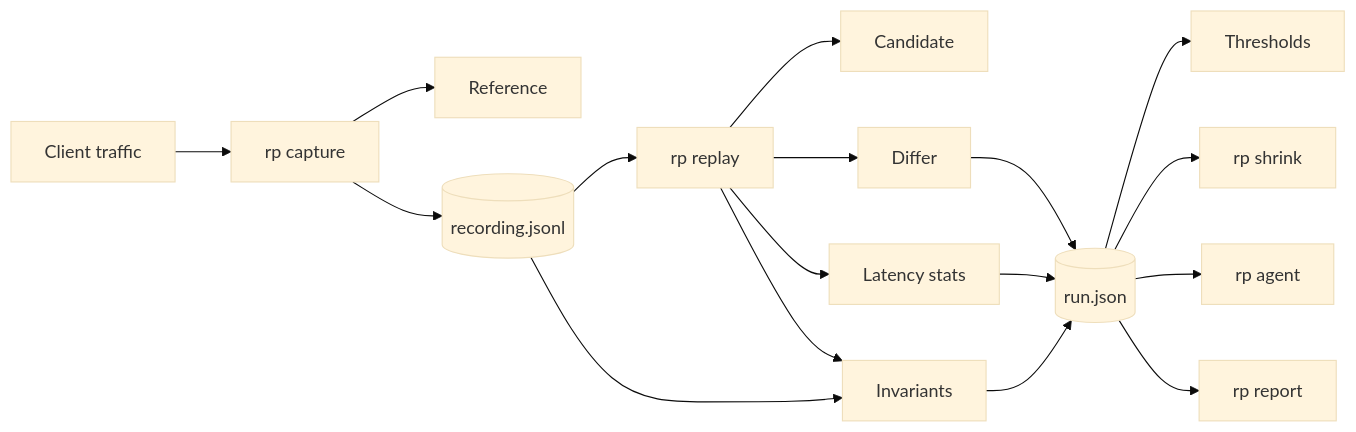
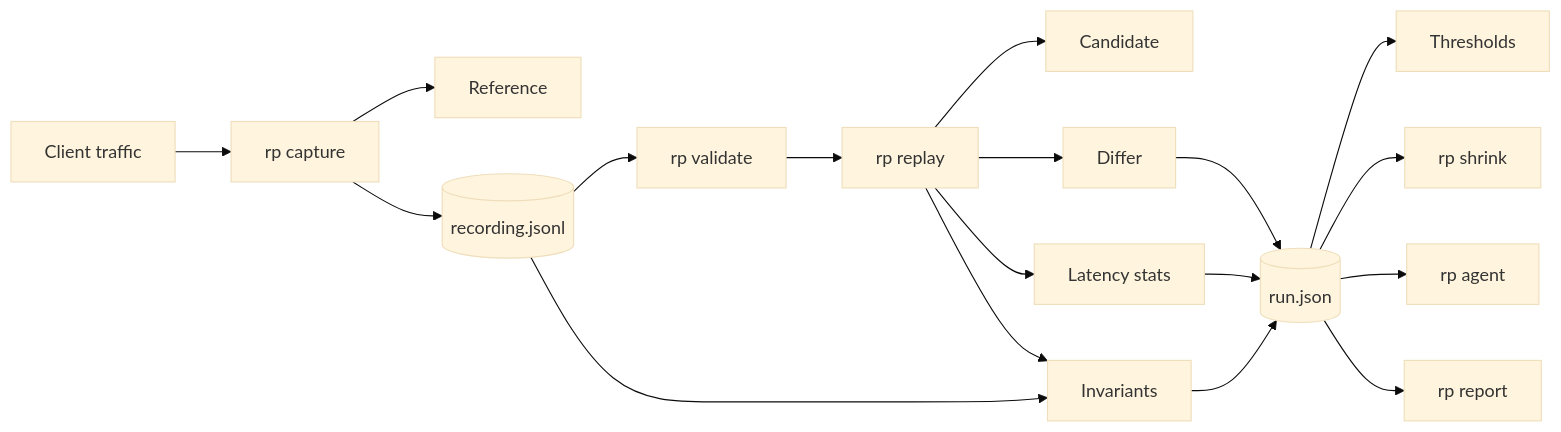
Before and after one commit to lostmineinteractive/replay-parity: the diagram in README.md, drawn with Mermaid (base theme). The commit also changed other lines of this file and 5 other files, not shown here.

````diff
--- a/README.md
+++ b/README.md
@@ -7,19 +7,20 @@
 ```mermaid
 flowchart LR
   client[Client traffic] --> capture[rp capture]
   capture --> reference[Reference]
   capture --> recording[(recording.jsonl)]
-  recording --> replay[rp replay]
+  recording --> validate[rp validate]
+  validate --> replay[rp replay]
   replay --> candidate[Candidate]
   replay --> differ[Differ]
   replay --> stats[Latency stats]
   recording --> invariants[Invariants]
   replay --> invariants
   differ --> run[(run.json)]
   stats --> run
   invariants --> run
   run --> thresholds[Thresholds]
   run --> shrink[rp shrink]
   run --> agent[rp agent]
   run --> report[rp report]
 ```
````
